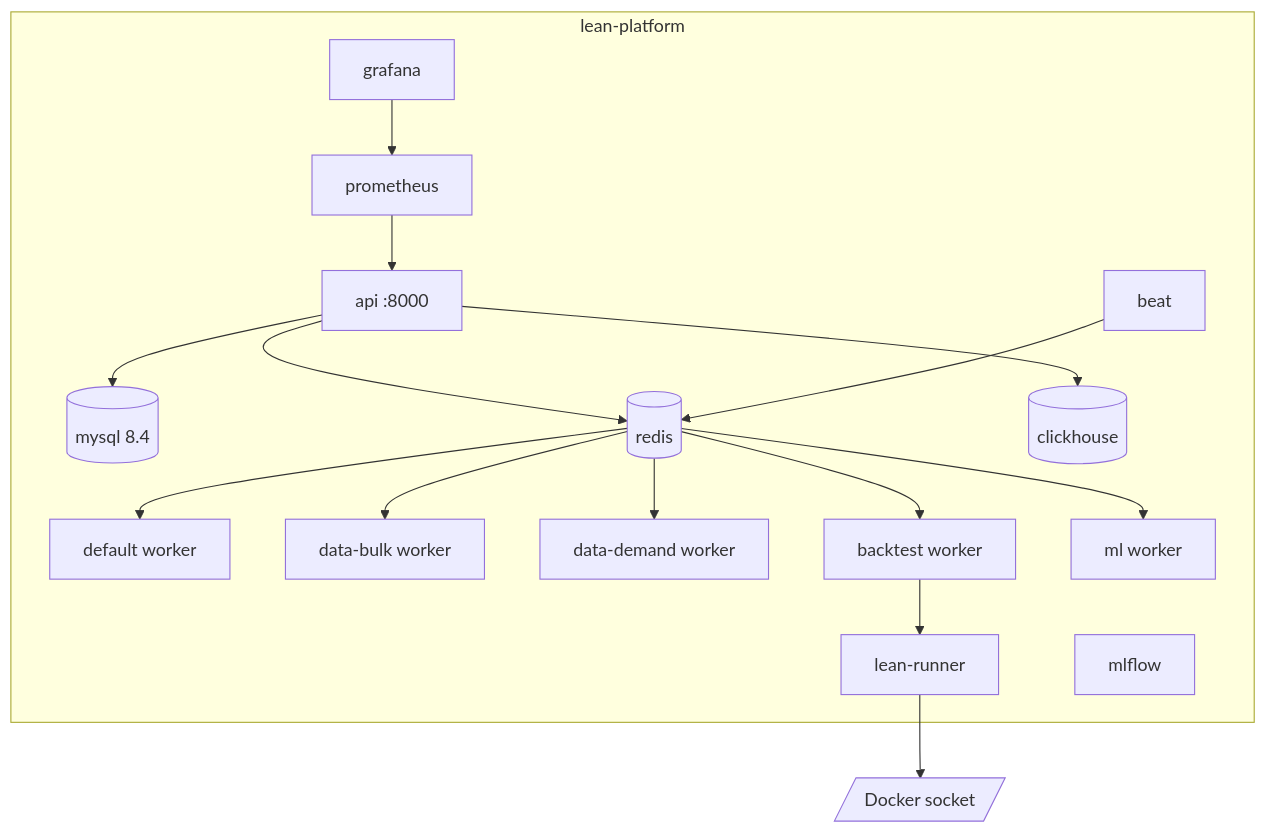
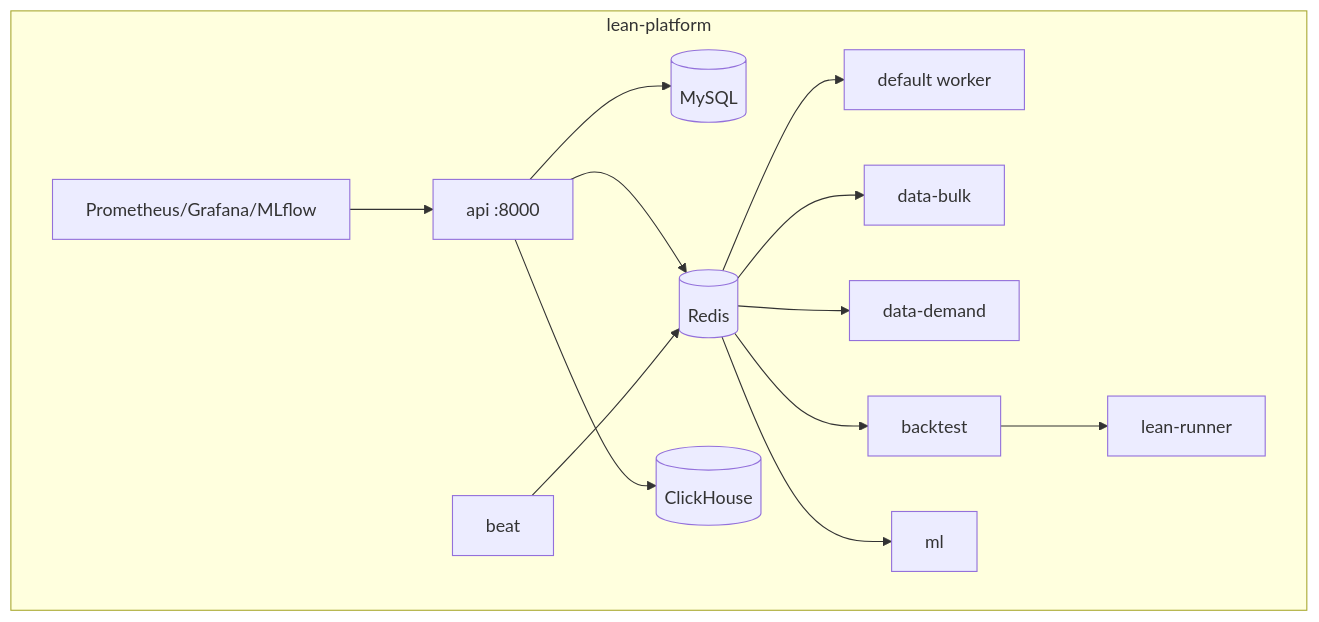
The second of 9 diagrams in docs/audit/actual-environment-system-review-2026-08-02.md (magic-alt/lean-local-platform), drawn with Mermaid before and after one commit. The commit also changed other lines of this file and 35 other files, not shown here.

````diff
--- a/docs/audit/actual-environment-system-review-2026-08-02.md
+++ b/docs/audit/actual-environment-system-review-2026-08-02.md
@@ -107,28 +107,22 @@
 ```mermaid
 flowchart TB
   subgraph lean-platform
     API[api :8000]
     W[default worker]
-    DW[data-bulk worker]
-    DD[data-demand worker]
-    BW[backtest worker]
-    MW[ml worker]
-    BEAT[beat]
-    MYSQL[(mysql 8.4)]
-    REDIS[(redis)]
-    RUNNER[lean-runner]
-    CLICK[(clickhouse)]
-    PROM[prometheus]
-    GRAF[grafana]
-    MLF[mlflow]
+    DBW[data-bulk]
+    DDW[data-demand]
+    BTW[backtest]
+    MLW[ml]
+    BT[beat]
+    MY[(MySQL)]
+    RE[(Redis)]
+    LR[lean-runner]
+    CK[(ClickHouse)]
+    OBS[Prometheus/Grafana/MLflow]
   end
-  API --> MYSQL
-  API --> REDIS
-  BEAT --> REDIS
-  REDIS --> W & DW & DD & BW & MW
-  BW --> RUNNER
-  RUNNER --> DOCKER[/Docker socket/]
-  API --> CLICK
-  PROM --> API
-  GRAF --> PROM
+  API --> MY & RE & CK
+  BT --> RE
+  RE --> W & DBW & DDW & BTW & MLW
+  BTW --> LR
+  OBS --> API
 ```
````
